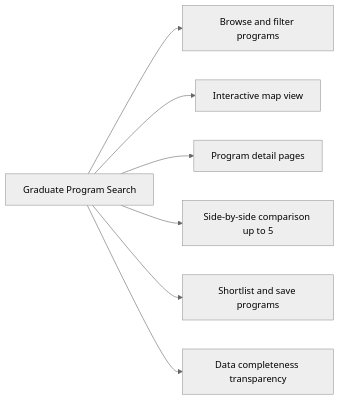
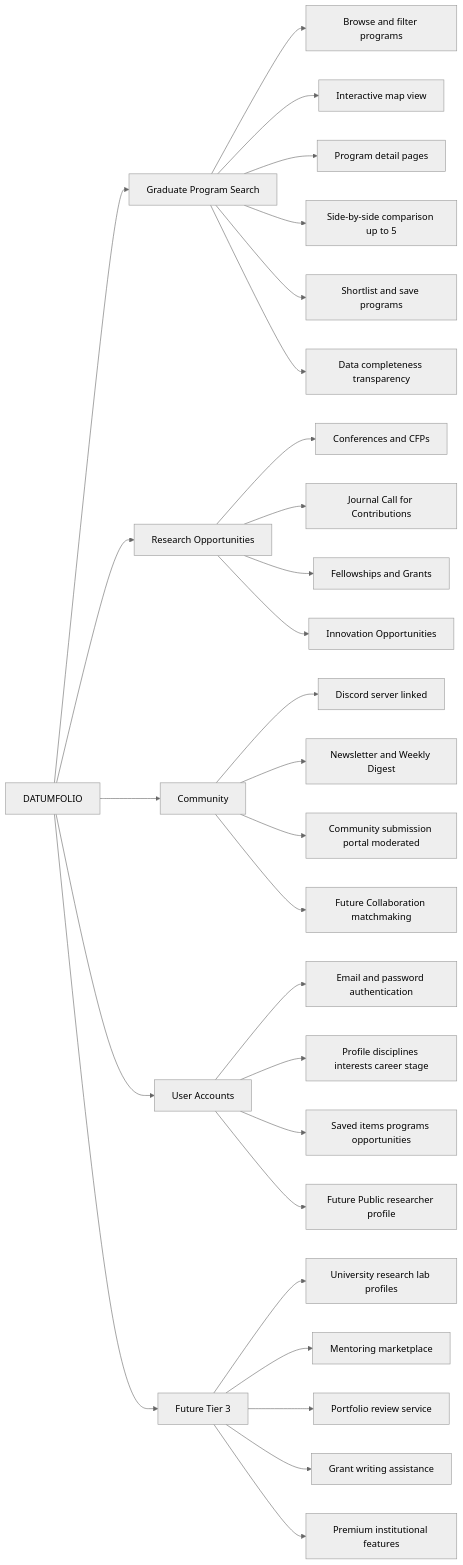
Before and after one commit to zeshan67/DatumFolio: the first of 2 diagrams in PRD.md, drawn with Mermaid (neutral theme). The commit also changed other lines of this file, not shown here.

Commit message:
Remove detailed feature flowcharts from PRD
Removed detailed flowcharts for Graduate Program Search, Research Opportunities, Community, User Accounts, and Future Tier 3 from the PRD.

````diff
--- a/PRD.md
+++ b/PRD.md
@@ -205,10 +190,38 @@
 ```mermaid
 flowchart LR
-    GPS[Graduate Program Search]
+    DF[DATUMFOLIO]
+
+    DF --> GPS[Graduate Program Search]
+    DF --> RO[Research Opportunities]
+    DF --> COM[Community]
+    DF --> UA[User Accounts]
+    DF --> FUT[Future Tier 3]
+
     GPS --> GPS1[Browse and filter programs]
     GPS --> GPS2[Interactive map view]
     GPS --> GPS3[Program detail pages]
     GPS --> GPS4[Side-by-side comparison up to 5]
     GPS --> GPS5[Shortlist and save programs]
     GPS --> GPS6[Data completeness transparency]
+
+    RO --> RO1[Conferences and CFPs]
+    RO --> RO2[Journal Call for Contributions]
+    RO --> RO3[Fellowships and Grants]
+    RO --> RO4[Innovation Opportunities]
+
+    COM --> COM1[Discord server linked]
+    COM --> COM2[Newsletter and Weekly Digest]
+    COM --> COM3[Community submission portal moderated]
+    COM --> COM4[Future Collaboration matchmaking]
+
+    UA --> UA1[Email and password authentication]
+    UA --> UA2[Profile disciplines interests career stage]
+    UA --> UA3[Saved items programs opportunities]
+    UA --> UA4[Future Public researcher profile]
+
+    FUT --> FUT1[University research lab profiles]
+    FUT --> FUT2[Mentoring marketplace]
+    FUT --> FUT3[Portfolio review service]
+    FUT --> FUT4[Grant writing assistance]
+    FUT --> FUT5[Premium institutional features]
 ```
````
